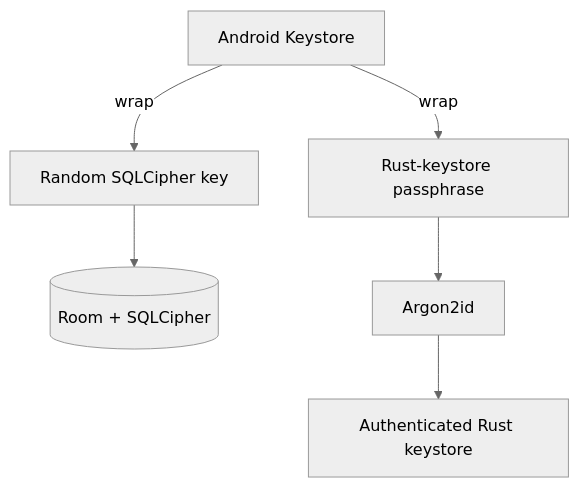
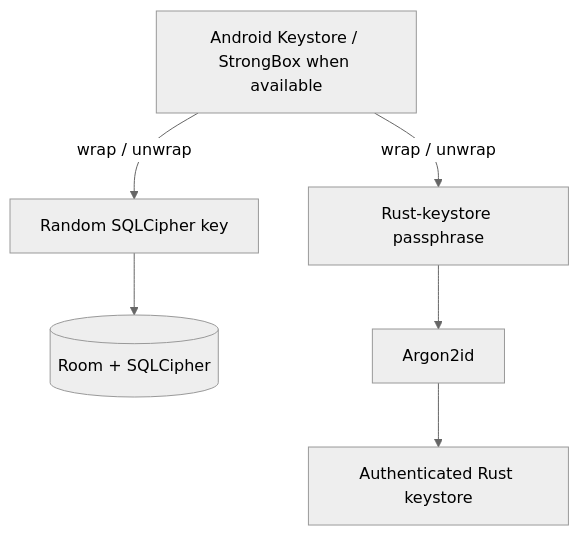
The second of 2 diagrams in README.md (MKlolbullen/Qubee), drawn with Mermaid (neutral theme) before and after one commit. The commit also changed other lines of this file, not shown here.

Commit message:
docs: rewrite README around current architecture

````diff
--- a/README.md
+++ b/README.md
@@ -246,15 +251,15 @@
 ```mermaid
 flowchart TB
-    AK[Android Keystore]
+    HW[Android Keystore / StrongBox when available]
     DBK[Random SQLCipher key]
-    RP[Rust-keystore passphrase]
+    RKP[Rust-keystore passphrase]
     DB[(Room + SQLCipher)]
     KDF[Argon2id]
     STORE[Authenticated Rust keystore]
 
-    AK -->|wrap| DBK
+    HW -->|wrap / unwrap| DBK
     DBK --> DB
-    AK -->|wrap| RP
-    RP --> KDF
+    HW -->|wrap / unwrap| RKP
+    RKP --> KDF
     KDF --> STORE
 ```
````
